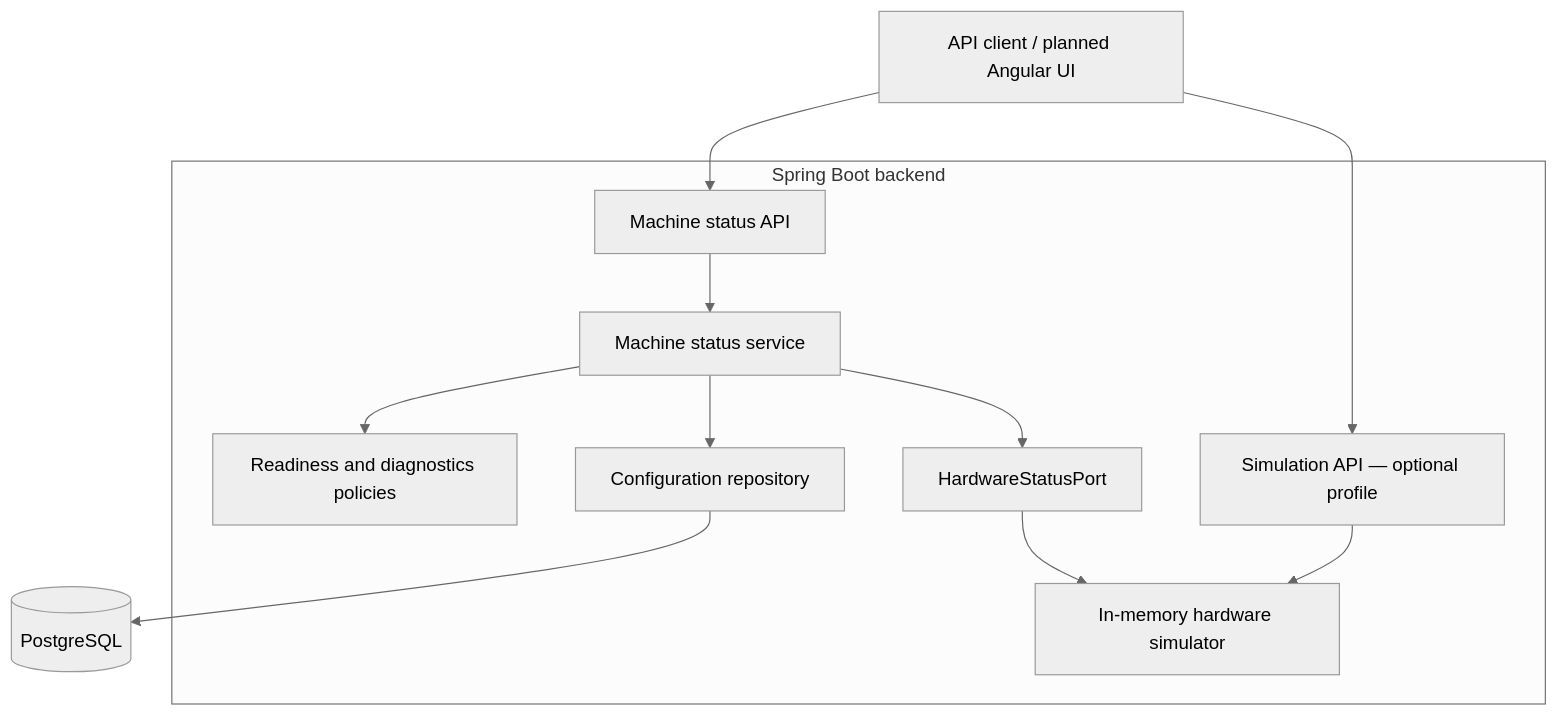
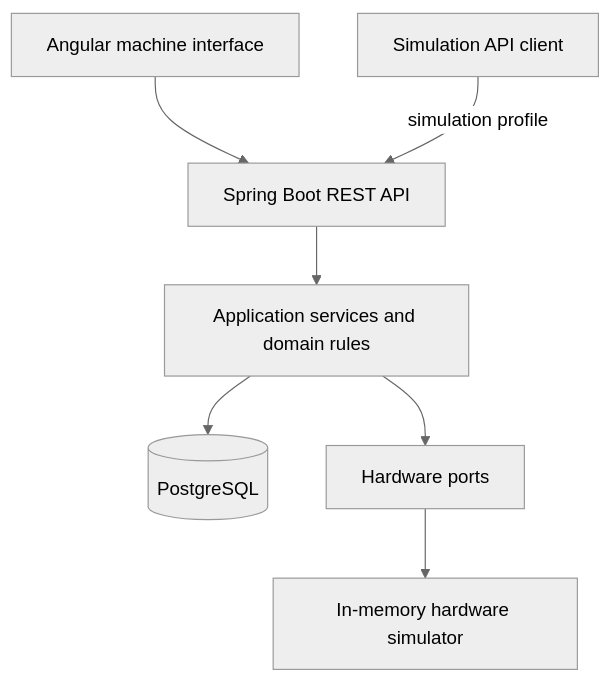
One commit to dmitar-strbac/unit-cash-machine changed the first of 2 diagrams in README.md. Above: the diagram before and after it, drawn with Mermaid (neutral theme). The commit also changed other lines of this file and 28 other files, not shown here.

Commit message:
feat: add machine interface shell and live status

````diff
--- a/README.md
+++ b/README.md
@@ -76,26 +74,17 @@
 ```mermaid
 flowchart TD
-    Client["API client / planned Angular UI"]
+    UI["Angular machine interface"]
+    API["Spring Boot REST API"]
+    Domain["Application services and domain rules"]
+    Database[("PostgreSQL")]
+    Hardware["Hardware ports"]
+    Simulator["In-memory hardware simulator"]
+    Controls["Simulation API client"]
 
-    subgraph Backend["Spring Boot backend"]
-        StatusAPI["Machine status API"]
-        Service["Machine status service"]
-        Policies["Readiness and diagnostics policies"]
-        Repository["Configuration repository"]
-        Port["HardwareStatusPort"]
-        Simulator["In-memory hardware simulator"]
-        SimulationAPI["Simulation API — optional profile"]
-    end
-
-    Database[("PostgreSQL")]
-
-    Client --> StatusAPI
-    StatusAPI --> Service
-    Service --> Policies
-    Service --> Repository
-    Repository --> Database
-    Service --> Port
-    Port --> Simulator
-    Client --> SimulationAPI
-    SimulationAPI --> Simulator
+    UI --> API
+    API --> Domain
+    Domain --> Database
+    Domain --> Hardware
+    Hardware --> Simulator
+    Controls -->|"simulation profile"| API
 ```
````
